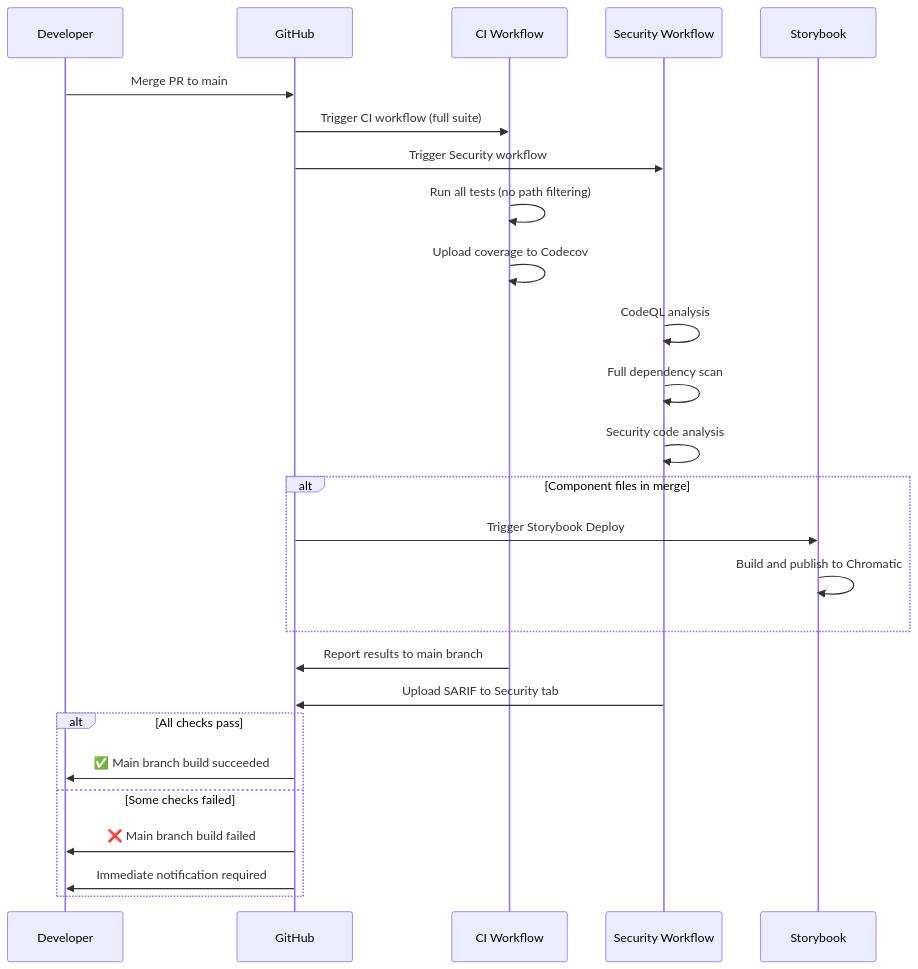
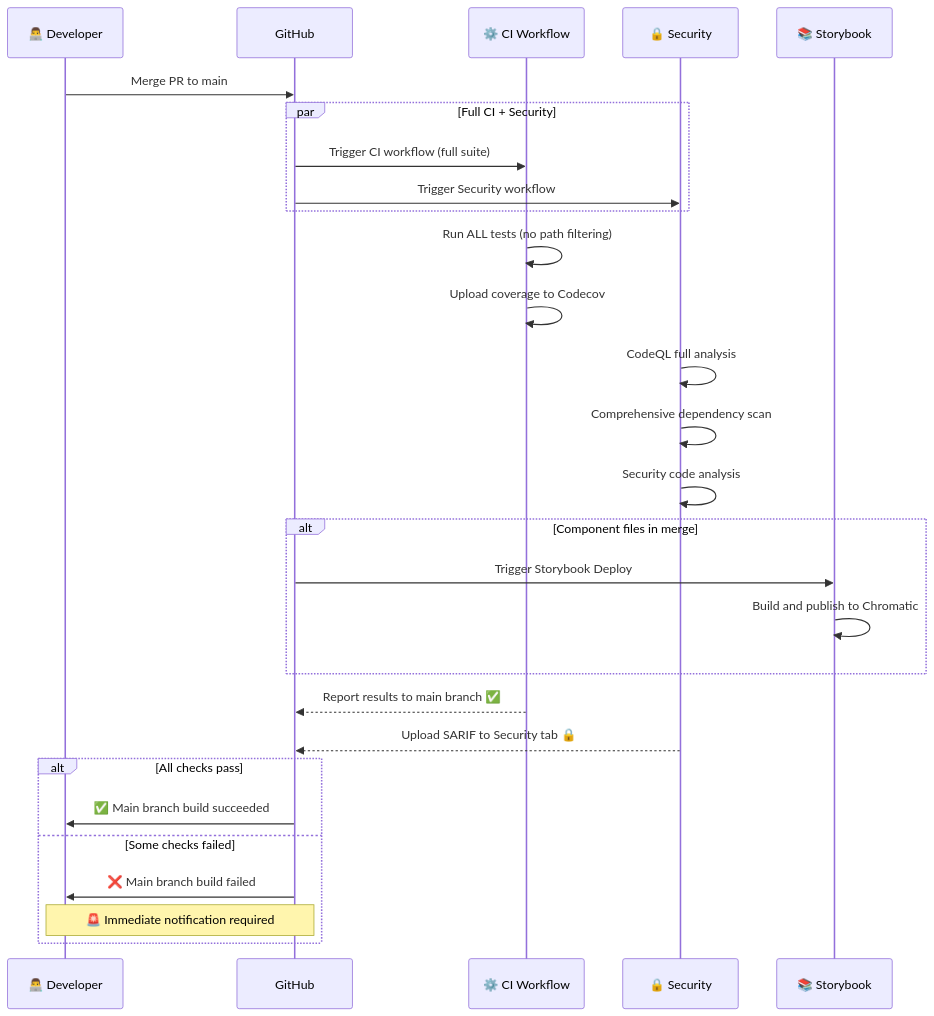
The tenth of 11 diagrams in docs/diagrams/github-actions-flow.md (meepleAi-app/meepleai-monorepo), drawn with Mermaid before and after one commit. The commit also changed other lines of this file, not shown here.

First line of the commit message:
docs: Refactor GitHub Actions flow diagram for better readability (#1656)

````diff
--- a/docs/diagrams/github-actions-flow.md
+++ b/docs/diagrams/github-actions-flow.md
@@ -479,34 +644,37 @@
 ```mermaid
 sequenceDiagram
-    participant Dev as Developer
+    participant Dev as 👨‍💻 Developer
     participant GH as GitHub
-    participant CI as CI Workflow
-    participant SEC as Security Workflow
-    participant SB as Storybook
+    participant CI as ⚙️ CI Workflow
+    participant SEC as 🔒 Security
+    participant SB as 📚 Storybook
 
     Dev->>GH: Merge PR to main
-    GH->>CI: Trigger CI workflow (full suite)
-    GH->>SEC: Trigger Security workflow
 
-    CI->>CI: Run all tests (no path filtering)
+    par Full CI + Security
+        GH->>CI: Trigger CI workflow (full suite)
+        GH->>SEC: Trigger Security workflow
+    end
+
+    CI->>CI: Run ALL tests (no path filtering)
     CI->>CI: Upload coverage to Codecov
 
-    SEC->>SEC: CodeQL analysis
-    SEC->>SEC: Full dependency scan
+    SEC->>SEC: CodeQL full analysis
+    SEC->>SEC: Comprehensive dependency scan
     SEC->>SEC: Security code analysis
 
     alt Component files in merge
         GH->>SB: Trigger Storybook Deploy
         SB->>SB: Build and publish to Chromatic
     end
 
-    CI->>GH: Report results to main branch
-    SEC->>GH: Upload SARIF to Security tab
+    CI-->>GH: Report results to main branch ✅
+    SEC-->>GH: Upload SARIF to Security tab 🔒
 
     alt All checks pass
         GH->>Dev: ✅ Main branch build succeeded
     else Some checks failed
         GH->>Dev: ❌ Main branch build failed
-        GH->>Dev: Immediate notification required
+        Note over GH,Dev: 🚨 Immediate notification required
     end
 ```
````
